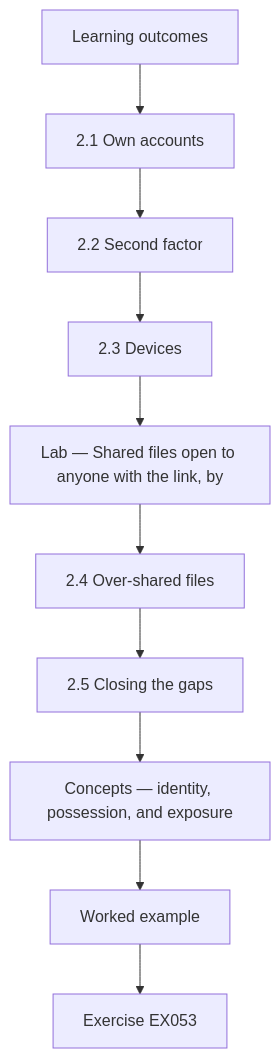
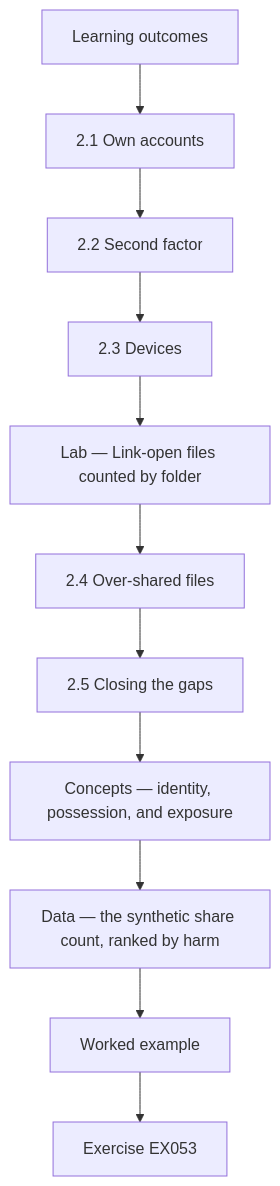
Before and after one commit to hiagokinlevi/CyKin: the first of 2 diagrams in levels/rapid-1-month/information-security/en/book/MANUSCRIPT.md, drawn with Mermaid. The commit also changed other lines of this file and 1 other file, not shown here.

````diff
--- a/levels/rapid-1-month/information-security/en/book/MANUSCRIPT.md
+++ b/levels/rapid-1-month/information-security/en/book/MANUSCRIPT.md
@@ -8,14 +8,15 @@
 ```mermaid
 flowchart TD
   N0["Learning outcomes"]
   N1["2.1 Own accounts"]
   N2["2.2 Second factor"]
   N3["2.3 Devices"]
-  N4["Lab — Shared files open to anyone with the link, by"]
+  N4["Lab — Link-open files counted by folder"]
   N5["2.4 Over-shared files"]
   N6["2.5 Closing the gaps"]
   N7["Concepts — identity, possession, and exposure"]
-  N0 --> N1 --> N2 --> N3 --> N4 --> N5 --> N6 --> N7
-  N7 --> EX["Worked example"]
+  N8["Data — the synthetic share count, ranked by harm"]
+  N0 --> N1 --> N2 --> N3 --> N4 --> N5 --> N6 --> N7 --> N8
+  N8 --> EX["Worked example"]
   EX --> Q["Exercise EX053"]
 ```
````
